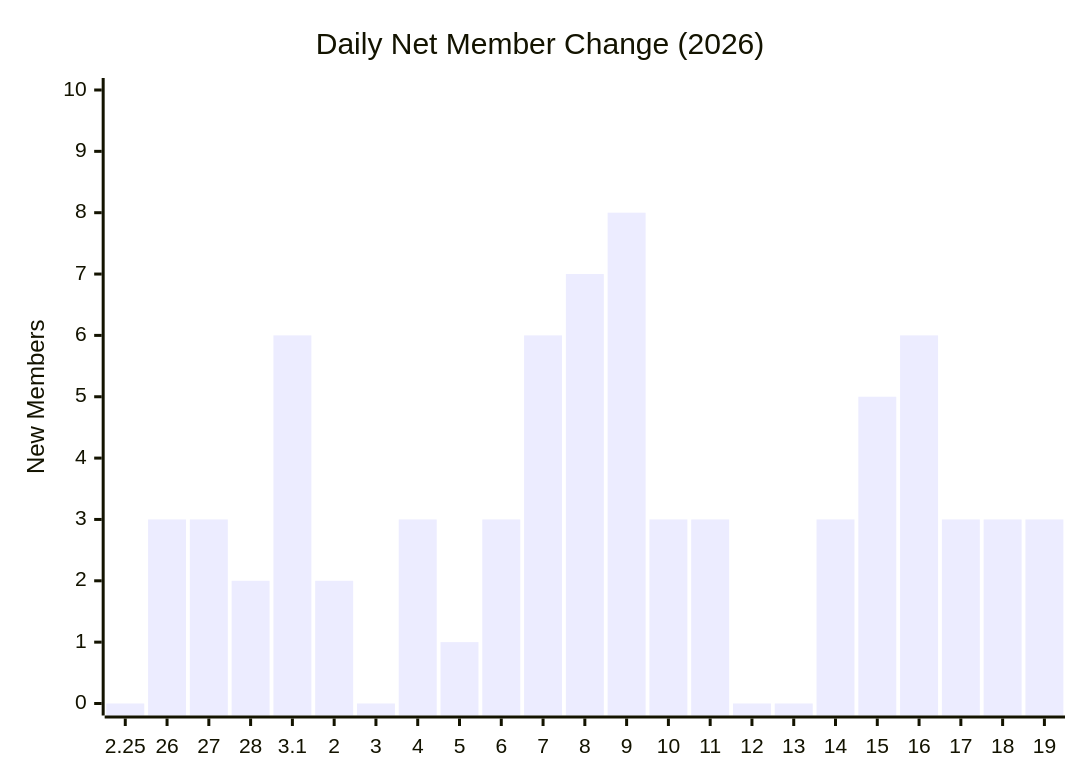
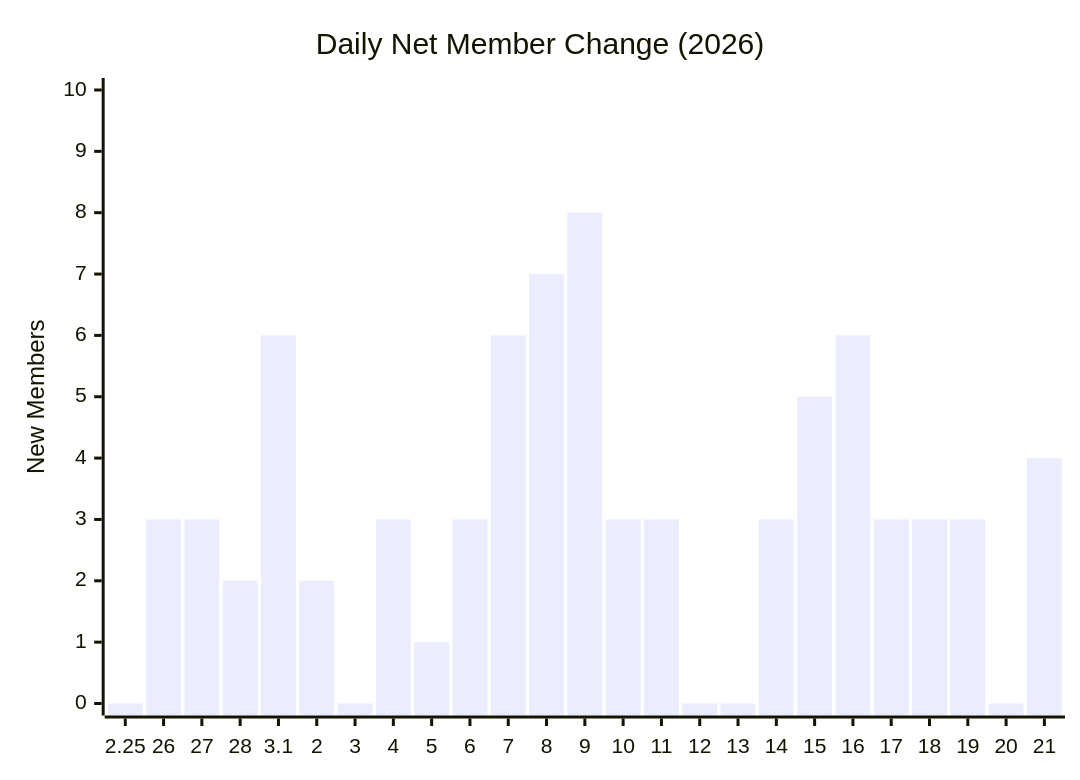
The third of 3 diagrams in exports/charts/daily-cumulative-member-tally-2026.md (MattSherwood/March-web), drawn with Mermaid before and after one commit. The commit also changed other lines of this file and 4 other files, not shown here.

````diff
--- a/exports/charts/daily-cumulative-member-tally-2026.md
+++ b/exports/charts/daily-cumulative-member-tally-2026.md
@@ -25,7 +25,7 @@
 ```mermaid
 xychart-beta
     title "Daily Net Member Change (2026)"
-    x-axis ["2.25", "26", "27", "28", "3.1", "2", "3", "4", "5", "6", "7", "8", "9", "10", "11", "12", "13", "14", "15", "16", "17", "18", "19"]
+    x-axis ["2.25", "26", "27", "28", "3.1", "2", "3", "4", "5", "6", "7", "8", "9", "10", "11", "12", "13", "14", "15", "16", "17", "18", "19", "20", "21"]
     y-axis "New Members" 0 --> 10
-    bar [0, 3, 3, 2, 6, 2, 0, 3, 1, 3, 6, 7, 8, 3, 3, 0, 0, 3, 5, 6, 3, 3, 3]
+    bar [0, 3, 3, 2, 6, 2, 0, 3, 1, 3, 6, 7, 8, 3, 3, 0, 0, 3, 5, 6, 3, 3, 3, 0, 4]
 ```
````
